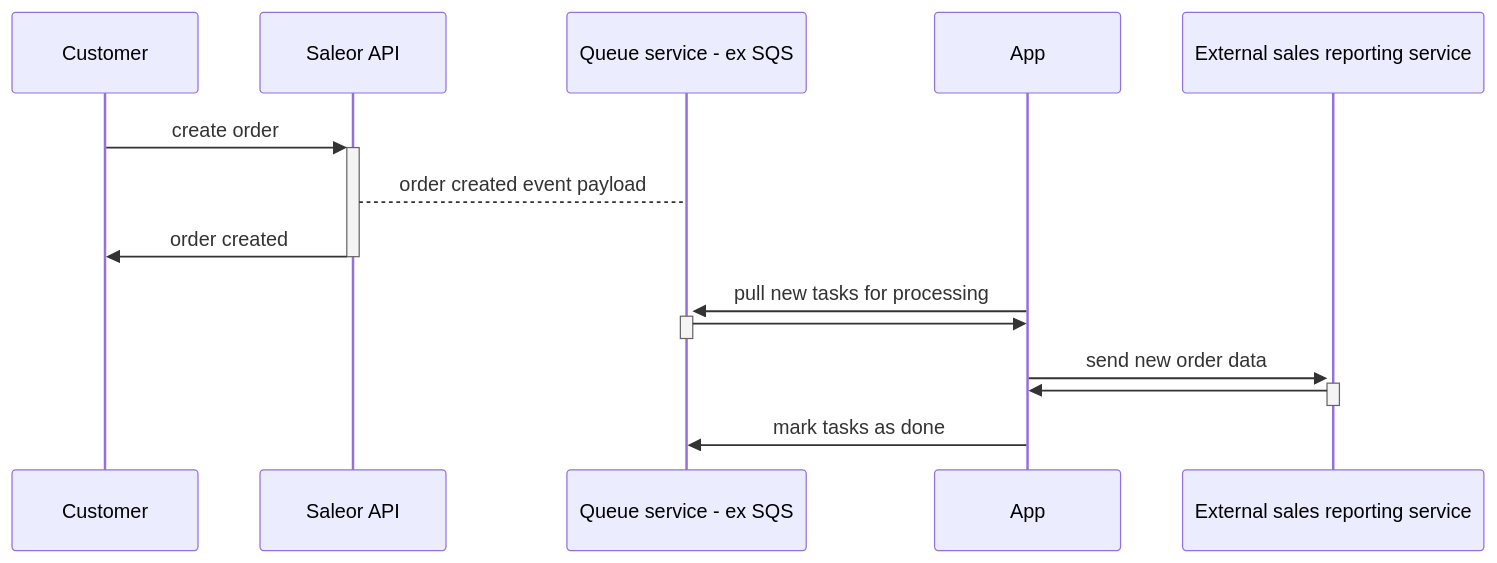
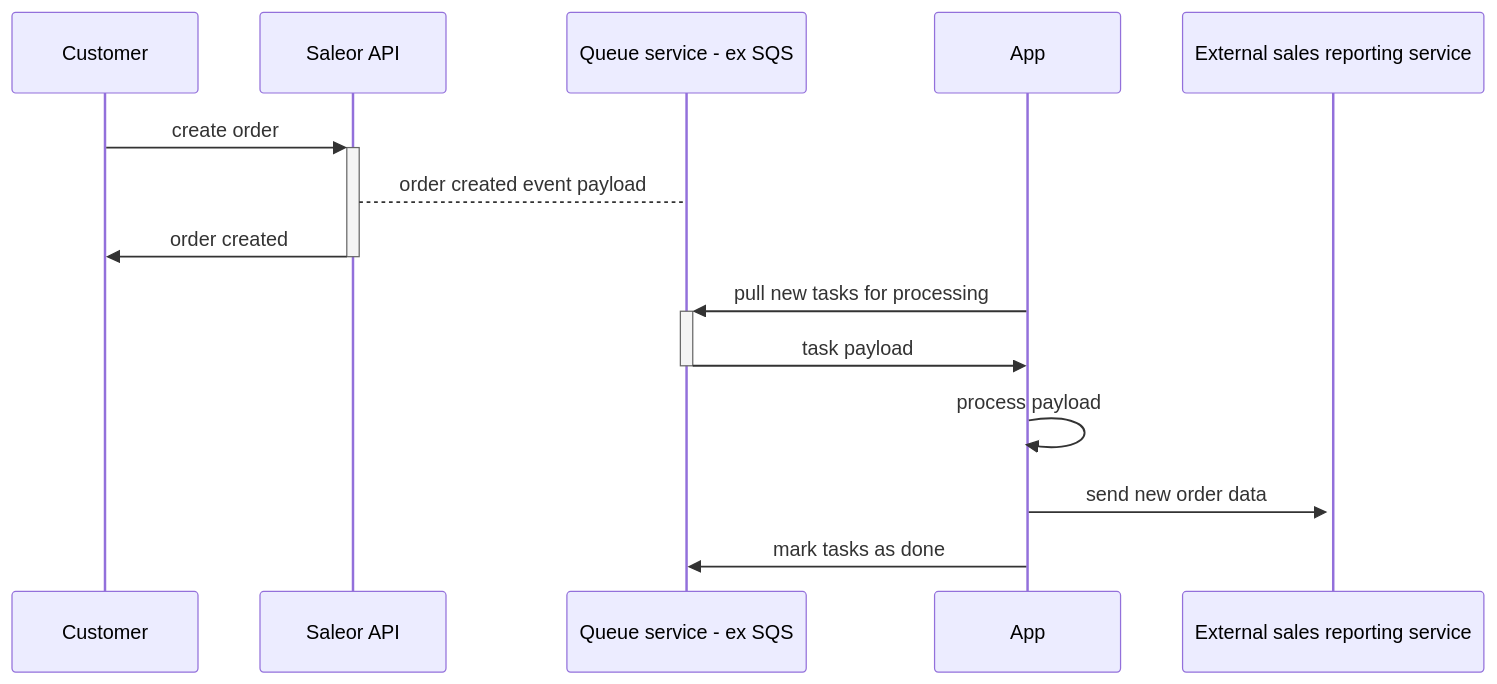
The second of 5 diagrams in docs/developer/extending/apps/architecture/communication-between-app-and-saleor.mdx (saleor/saleor-docs), drawn with Mermaid before and after one commit. The commit also changed other lines of this file, not shown here.

````diff
--- a/docs/developer/extending/apps/architecture/communication-between-app-and-saleor.mdx
+++ b/docs/developer/extending/apps/architecture/communication-between-app-and-saleor.mdx
@@ -42,17 +41,17 @@
 ```mermaid
 sequenceDiagram
     participant c as Customer
     participant s as Saleor API
     participant q as Queue service - ex SQS
     participant a as App
     participant extSales as External sales reporting service
 
     c ->>+ s: create order
     s --> q: order created event payload
     s ->>- c: order created
     a ->>+ q: pull new tasks for processing
-    q ->>- a:
+    q ->>- a: task payload
+    a ->> a: process payload
     a ->>+ extSales: send new order data
-    extSales ->>- a:
     a ->> q: mark tasks as done
 ```
````
